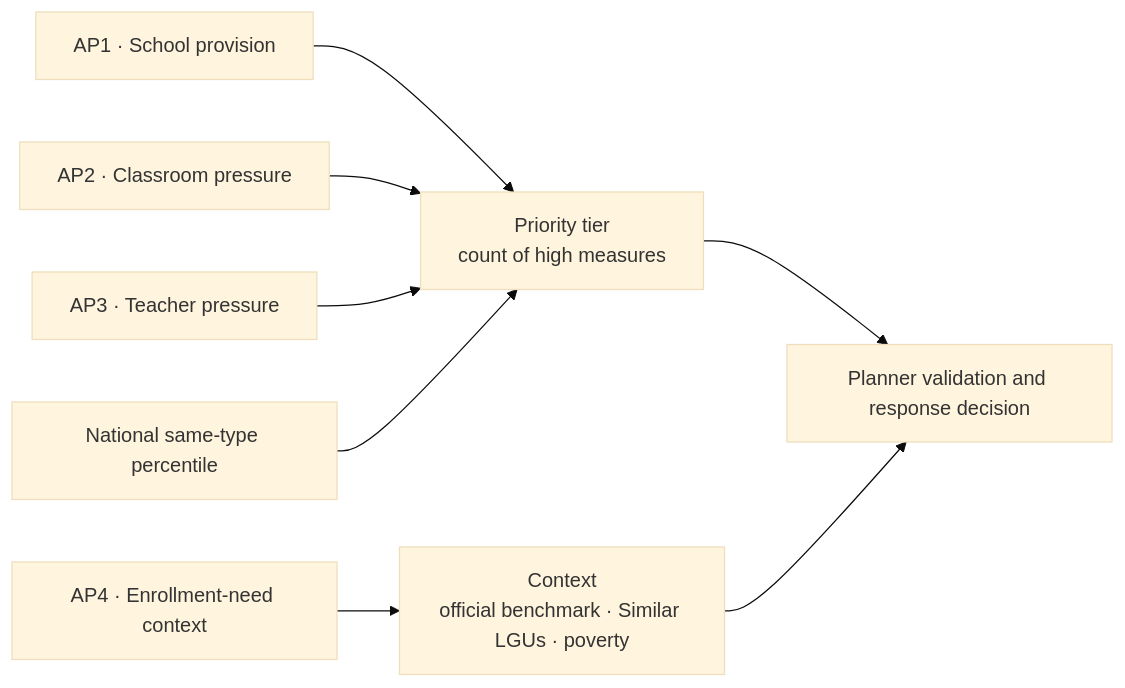
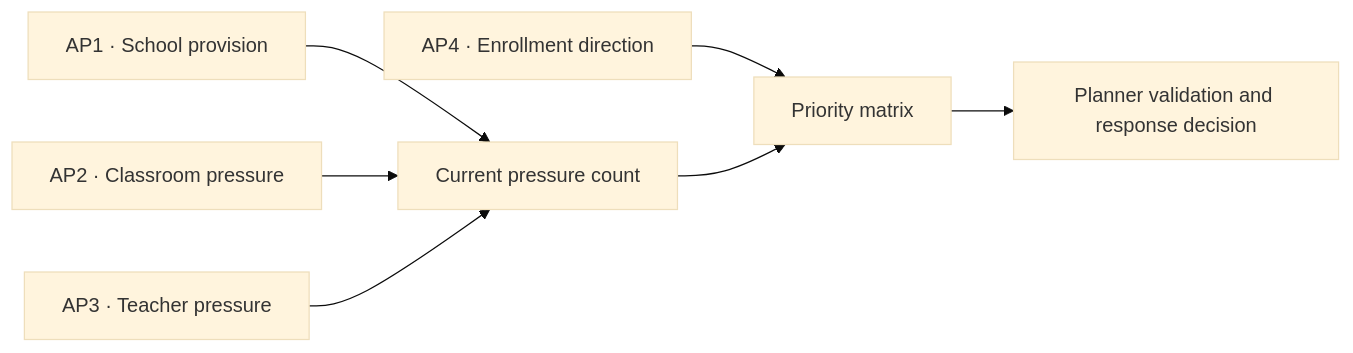
The diagram in docs/business/business-analytics-problem.md (reached-hq/edu-access-intelligence), drawn with Mermaid (base theme) before and after one commit. The commit also changed other lines of this file and 22 other files, not shown here.

Commit message:
Build revised LGU priority matrix

````diff
--- a/docs/business/business-analytics-problem.md
+++ b/docs/business/business-analytics-problem.md
@@ -43,10 +42,9 @@
 ```mermaid
 flowchart LR
-    AP1["AP1 · School provision"] --> P["Priority tier<br/>count of high measures"]
+    AP1["AP1 · School provision"] --> P["Current pressure count"]
     AP2["AP2 · Classroom pressure"] --> P
     AP3["AP3 · Teacher pressure"] --> P
-    M["National same-type percentile"] --> P
-    AP4["AP4 · Enrollment-need context"] --> X["Context<br/>official benchmark · Similar LGUs · poverty"]
-    P --> R["Planner validation and response decision"]
-    X --> R
+    AP4["AP4 · Enrollment direction"] --> M["Priority matrix"]
+    P --> M
+    M --> R["Planner validation and response decision"]
 ```
````
